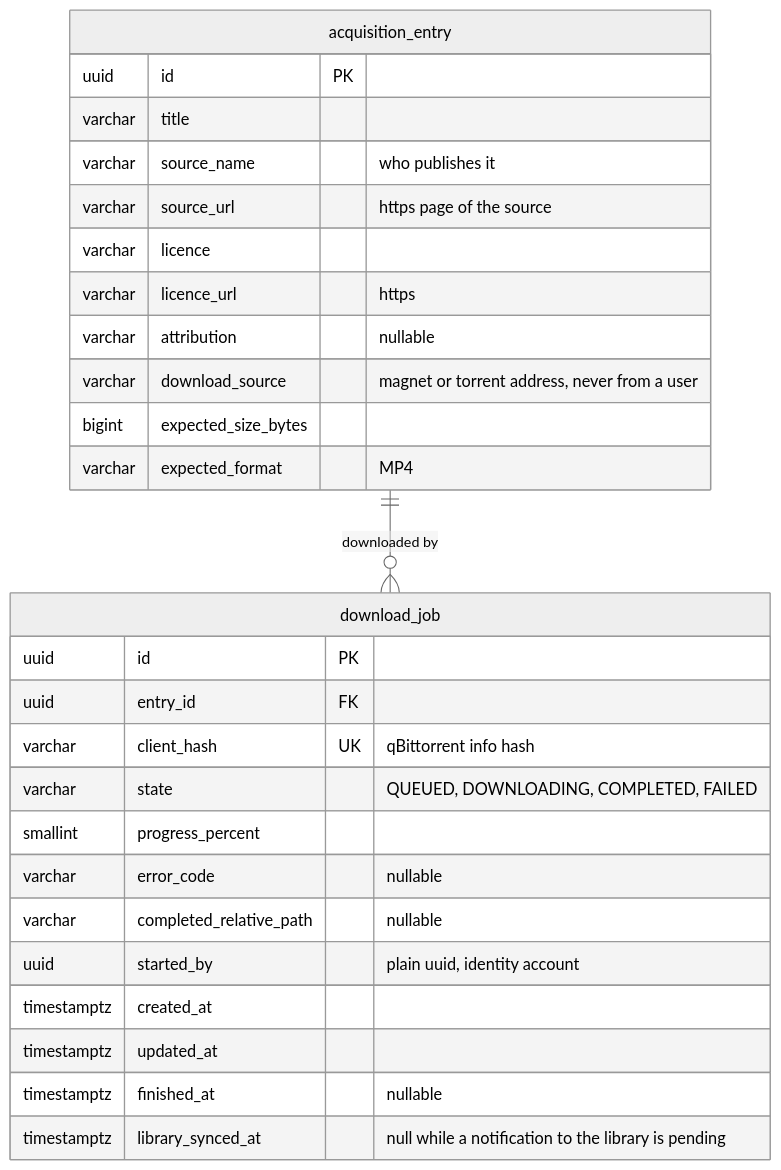
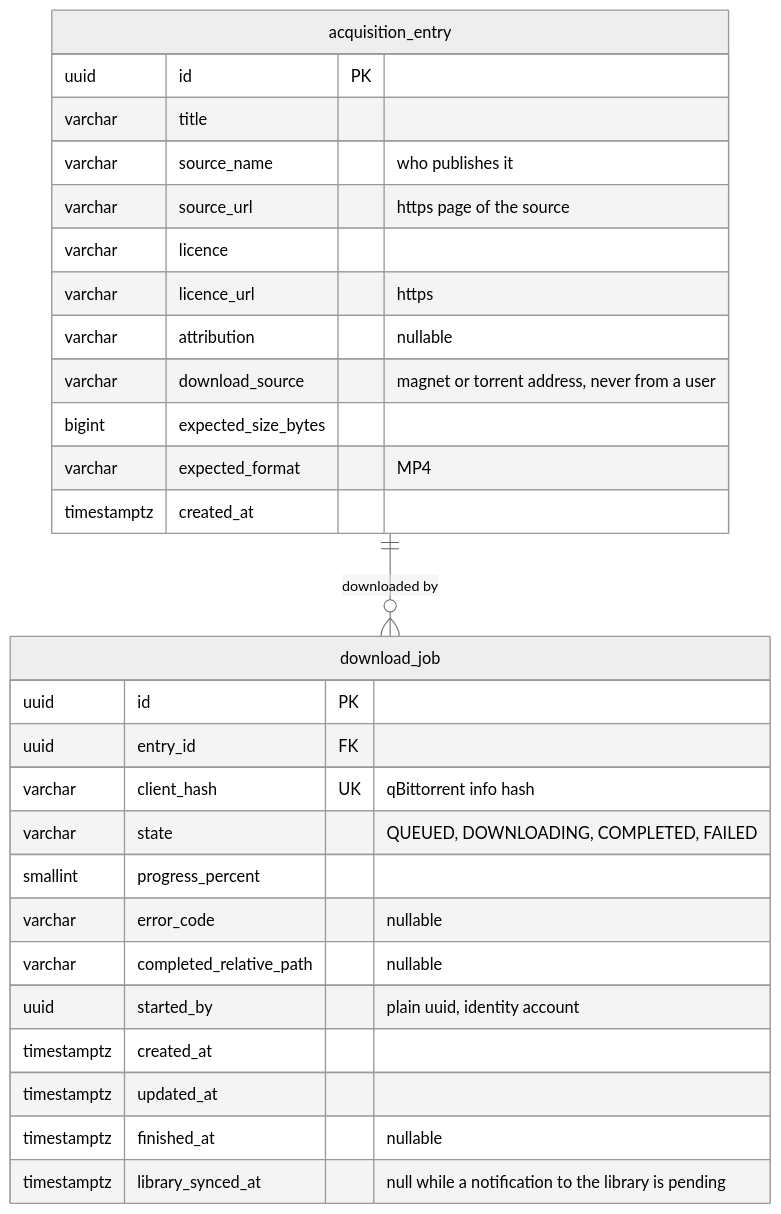
Before and after one commit to ClaymeCall/holbertonschool-homeflix-project: the third of 3 diagrams in docs/architecture/data-model.md, drawn with Mermaid (neutral theme). The commit also changed other lines of this file and 11 other files, not shown here.

````diff
--- a/docs/architecture/data-model.md
+++ b/docs/architecture/data-model.md
@@ -155,31 +155,32 @@
 ```mermaid
 erDiagram
     acquisition_entry ||--o{ download_job : "downloaded by"
 
     acquisition_entry {
         uuid id PK
         varchar title
         varchar source_name "who publishes it"
         varchar source_url "https page of the source"
         varchar licence
         varchar licence_url "https"
         varchar attribution "nullable"
         varchar download_source "magnet or torrent address, never from a user"
         bigint expected_size_bytes
         varchar expected_format "MP4"
+        timestamptz created_at
     }
     download_job {
         uuid id PK
         uuid entry_id FK
         varchar client_hash UK "qBittorrent info hash"
         varchar state "QUEUED, DOWNLOADING, COMPLETED, FAILED"
         smallint progress_percent
         varchar error_code "nullable"
         varchar completed_relative_path "nullable"
         uuid started_by "plain uuid, identity account"
         timestamptz created_at
         timestamptz updated_at
         timestamptz finished_at "nullable"
         timestamptz library_synced_at "null while a notification to the library is pending"
     }
 ```
````
